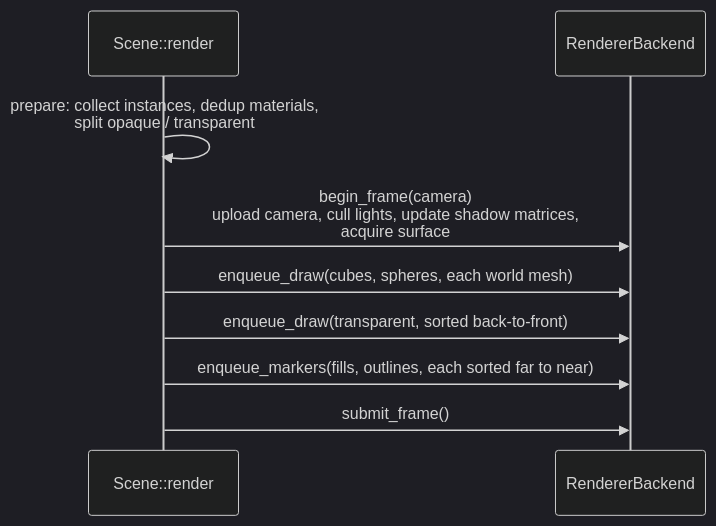
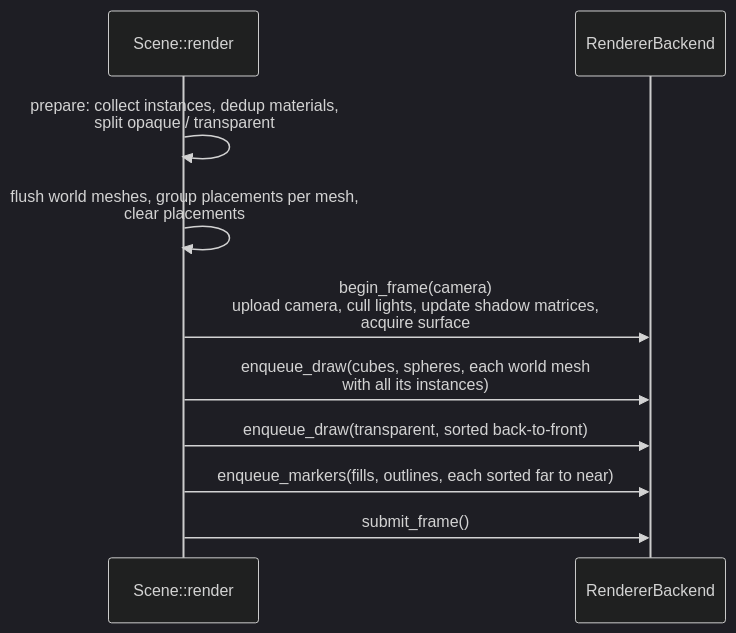
The second of 3 diagrams in wiki/architecture/rendering.md (WrackedFella/moho), drawn with Mermaid (dark theme) before and after one commit. The commit also changed other lines of this file and 6 other files, not shown here.

First line of the commit message:
feat(moho_renderer): place registered world meshes per frame (ENG-F38-01) (#666)

````diff
--- a/wiki/architecture/rendering.md
+++ b/wiki/architecture/rendering.md
@@ -145,11 +155,12 @@
 ```mermaid
 sequenceDiagram
     participant S as Scene::render
     participant B as RendererBackend
     S->>S: prepare: collect instances, dedup materials,<br/>split opaque / transparent
+    S->>S: flush world meshes, group placements per mesh,<br/>clear placements
     S->>B: begin_frame(camera)<br/>upload camera, cull lights, update shadow matrices,<br/>acquire surface
-    S->>B: enqueue_draw(cubes, spheres, each world mesh)
+    S->>B: enqueue_draw(cubes, spheres, each world mesh<br/>with all its instances)
     S->>B: enqueue_draw(transparent, sorted back-to-front)
     S->>B: enqueue_markers(fills, outlines, each sorted far to near)
     S->>B: submit_frame()
 ```
````
